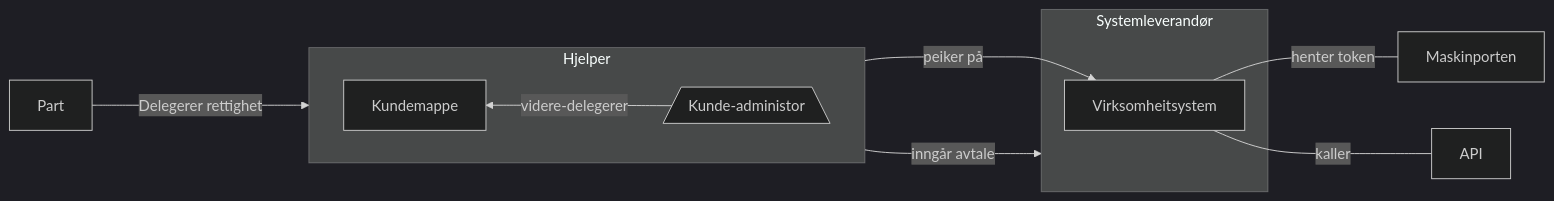
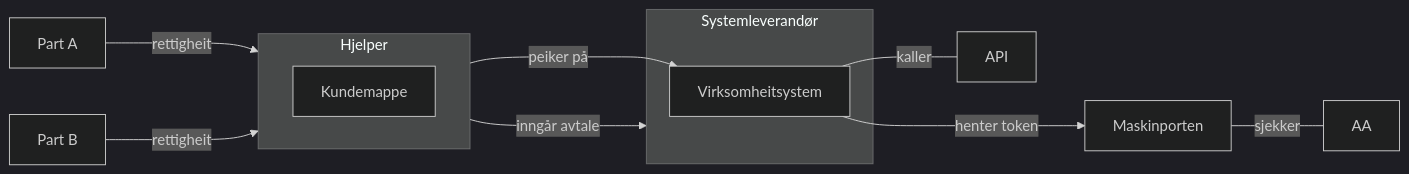
One commit to joergenb/oauth changed the diagram in virksys.md. Above: the diagram before and after it, drawn with Mermaid (dark theme).

````diff
--- a/virksys.md
+++ b/virksys.md
@@ -9,25 +9,31 @@
 ```mermaid
 graph LR;
- 
-  subgraph H [Hjelper]
+
     direction RL
-    m[Kundemappe]
-    adm[/Kunde-administor\]
-  end
-  subgraph SL [Systemleverandør]
-     VS[Virksomheitsystem]
-  end
+
+   PA[Part A]
+   PB[Part B]
+
+    subgraph H [Hjelper]
+        direction RL
+        m[Kundemappe]
+    end
+    subgraph SL [Systemleverandør]
+       VS[Virksomheitsystem]
+    end
+
   MP[Maskinporten]
   API[API]
+  PA --->|rettigheit|m
+  PB --->|rettigheit|m
 
-  Part --->|Delegerer rettighet|H
-  adm -->|videre-delegerer|m
-  H -->|inngår avtale|SL
+  H --->|inngår avtale|SL
 
   m --->|peiker på|VS
 
-  VS ---|henter token|MP
+  VS --->|henter token|MP
+  MP ---|sjekker|AA
 
   VS ---|kaller|API
 
 ```
````
